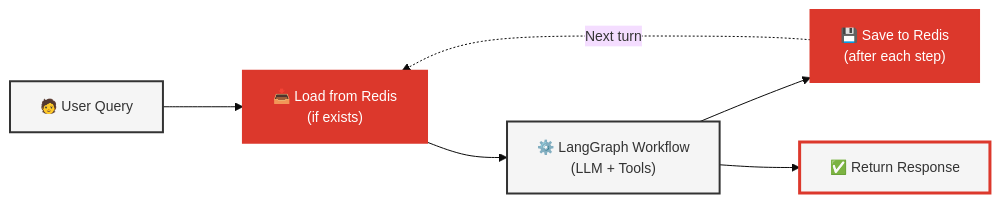
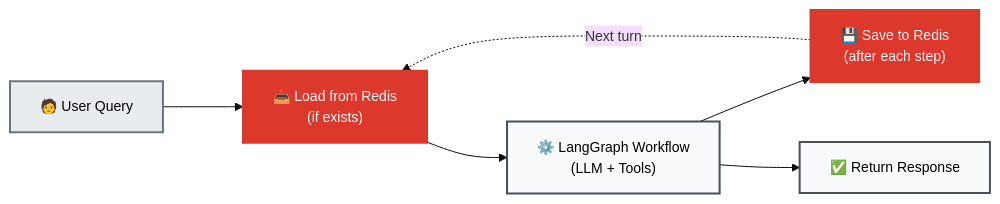
One commit to AllieRays/redis-wellness changed the second of 2 diagrams in docs/12_LANGGRAPH_CHECKPOINTING.md. Above: the diagram before and after it, drawn with Mermaid. The commit also changed other lines of this file and 4 other files, not shown here.

Commit message:
Update documentation: improve diagram colors and add screenshot

````diff
--- a/docs/12_LANGGRAPH_CHECKPOINTING.md
+++ b/docs/12_LANGGRAPH_CHECKPOINTING.md
@@ -128,21 +128,21 @@
 ```mermaid
 %%{init: {'theme':'base', 'themeVariables': { 'fontSize':'14px'}, 'flowchart': {'nodeSpacing': 60, 'rankSpacing': 80}}}%%
 flowchart LR
     Start["🧑 User Query"]
     Load["📥 Load from Redis<br/>(if exists)"]
     Execute["⚙️ LangGraph Workflow<br/>(LLM + Tools)"]
     Save["💾 Save to Redis<br/>(after each step)"]
     Response["✅ Return Response"]
     
     Start --> Load
     Load --> Execute
     Execute --> Save
     Save -."Next turn".-> Load
     Execute --> Response
     
-    style Start fill:#f5f5f5,stroke:#333,stroke-width:2px
+    style Start fill:#e9ecef,stroke:#6c757d,stroke-width:2px,color:#000
     style Load fill:#DC382C,stroke:#DC382C,stroke-width:2px,color:#fff
-    style Execute fill:#f5f5f5,stroke:#333,stroke-width:2px
+    style Execute fill:#f8f9fa,stroke:#495057,stroke-width:2px,color:#000
     style Save fill:#DC382C,stroke:#DC382C,stroke-width:2px,color:#fff
-    style Response fill:#f5f5f5,stroke:#DC382C,stroke-width:3px
+    style Response fill:#f8f9fa,stroke:#495057,stroke-width:2px,color:#000
 ```
````
